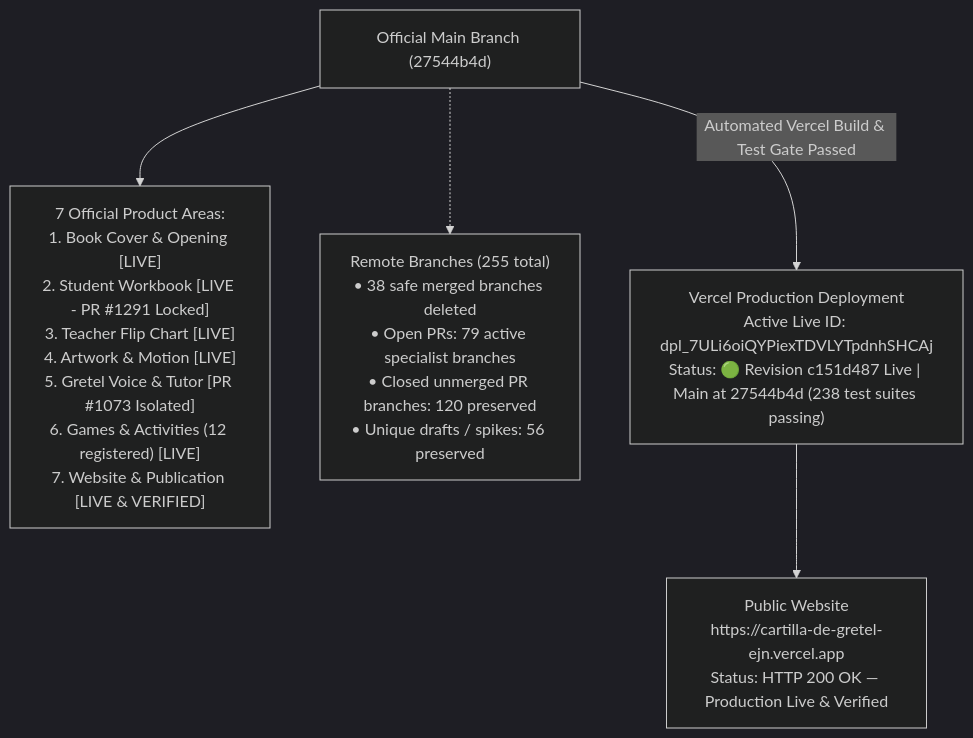
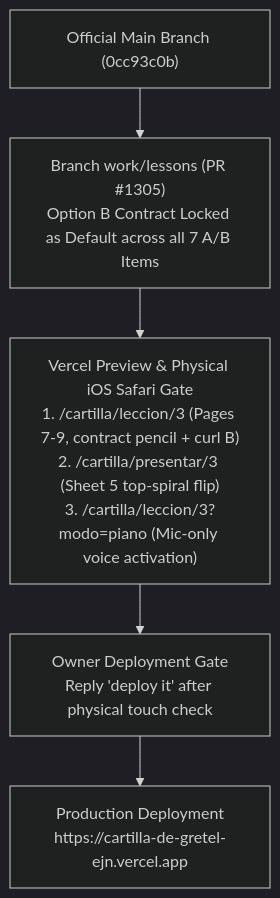
The diagram in docs/OWNER-VISUAL-STATUS.md (ejnburrows-rgb/cartilla-de-gretel), drawn with Mermaid (dark theme) before and after one commit. The commit also changed other lines of this file and 18 other files, not shown here.

Commit message:
Lock Option B as default across all 7 A/B items and export decision ledger

````diff
--- a/docs/OWNER-VISUAL-STATUS.md
+++ b/docs/OWNER-VISUAL-STATUS.md
@@ -16,13 +17,13 @@
 ```mermaid
 flowchart TD
-    MAIN["Official Main Branch (27544b4d)"]
-    AREAS["7 Official Product Areas:<br/>1. Book Cover & Opening [LIVE]<br/>2. Student Workbook [LIVE - PR #1291 Locked]<br/>3. Teacher Flip Chart [LIVE]<br/>4. Artwork & Motion [LIVE]<br/>5. Gretel Voice & Tutor [PR #1073 Isolated]<br/>6. Games & Activities (12 registered) [LIVE]<br/>7. Website & Publication [LIVE & VERIFIED]"]
-    BRANCHES["Remote Branches (255 total)<br/>• 38 safe merged branches deleted<br/>• Open PRs: 79 active specialist branches<br/>• Closed unmerged PR branches: 120 preserved<br/>• Unique drafts / spikes: 56 preserved"]
-    VERCEL["Vercel Production Deployment<br/>Active Live ID: dpl_7ULi6oiQYPiexTDVLYTpdnhSHCAj<br/>Status: 🟢 Revision c151d487 Live | Main at 27544b4d (238 test suites passing)"]
-    LIVE["Public Website<br/>https://cartilla-de-gretel-ejn.vercel.app<br/>Status: HTTP 200 OK — Production Live & Verified"]
+    MAIN["Official Main Branch (0cc93c0b)"]
+    WORK["Branch work/lessons (PR #1305)<br/>Option B Contract Locked as Default across all 7 A/B Items"]
+    PREVIEW["Vercel Preview & Physical iOS Safari Gate<br/>1. /cartilla/leccion/3 (Pages 7-9, contract pencil + curl B)<br/>2. /cartilla/presentar/3 (Sheet 5 top-spiral flip)<br/>3. /cartilla/leccion/3?modo=piano (Mic-only voice activation)"]
+    GATE["Owner Deployment Gate<br/>Reply 'deploy it' after physical touch check"]
+    PROD["Production Deployment<br/>https://cartilla-de-gretel-ejn.vercel.app"]
 
-    MAIN --> AREAS
-    MAIN -.-> BRANCHES
-    MAIN -->|Automated Vercel Build & Test Gate Passed| VERCEL
-    VERCEL --> LIVE
+    MAIN --> WORK
+    WORK --> PREVIEW
+    PREVIEW --> GATE
+    GATE --> PROD
 ```
````
